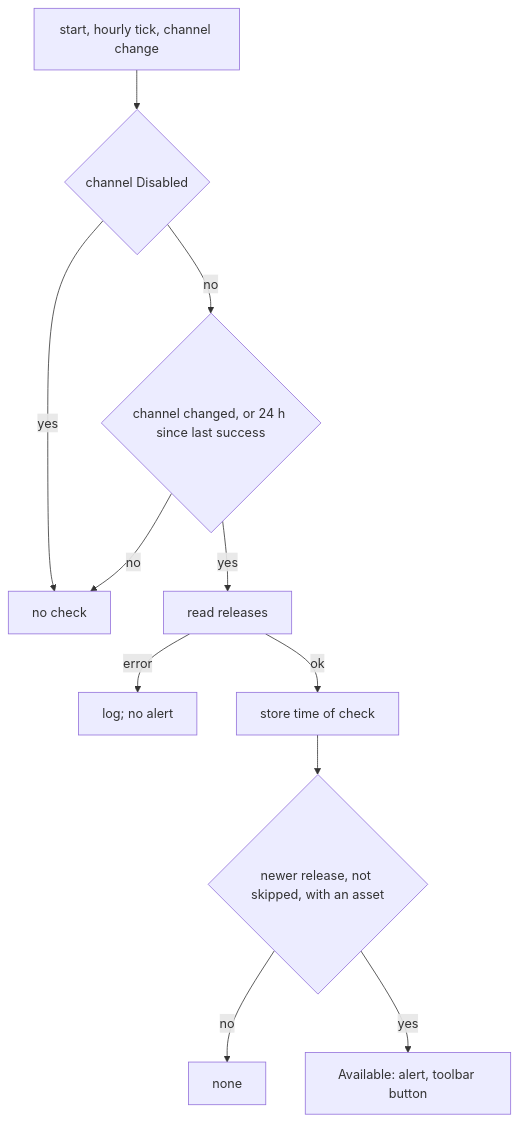
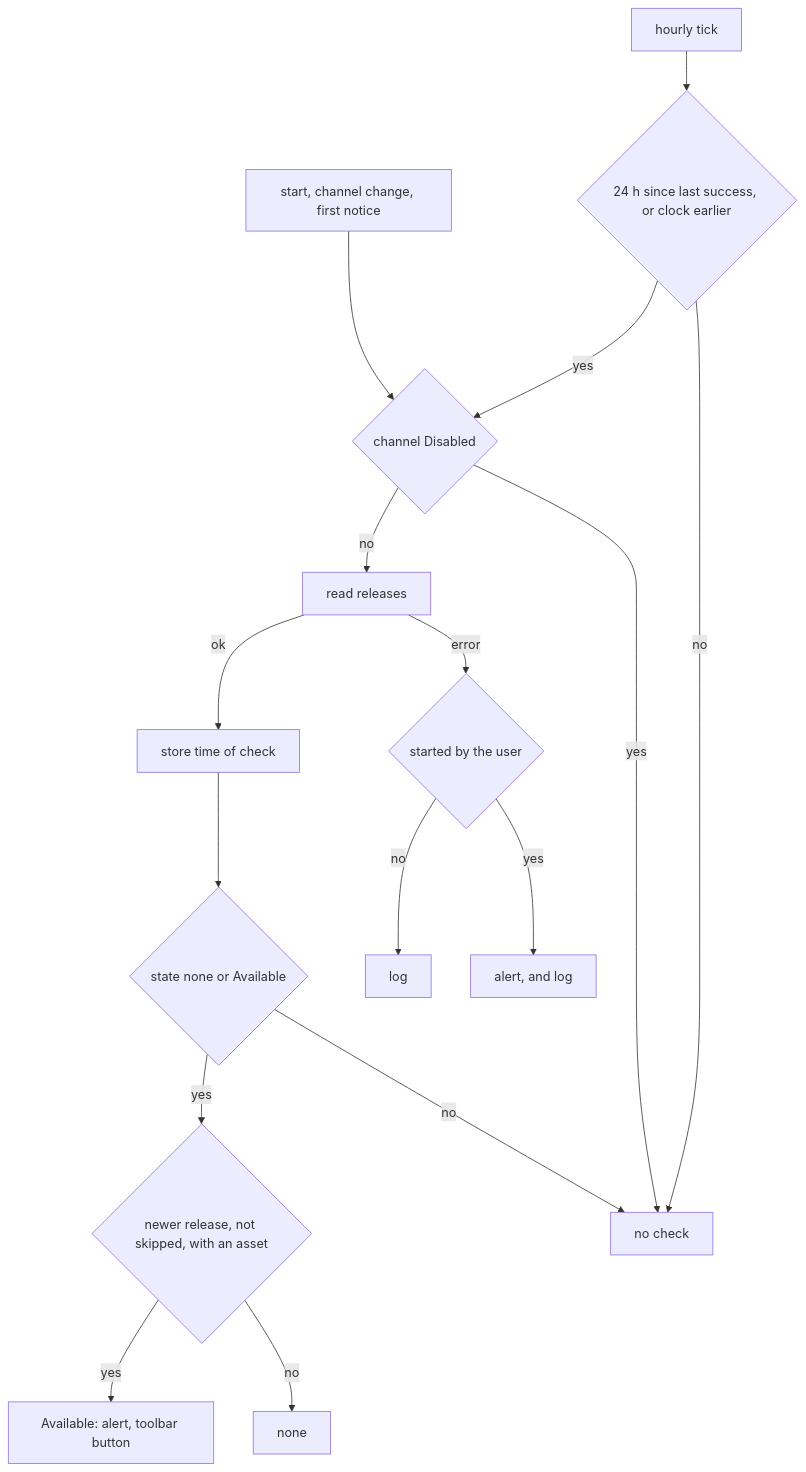
Before and after one commit to simplex-chat/simplex-chat: the second of 2 diagrams in plans/2026-11-24-desktop-update-flow.md, drawn with Mermaid. The commit also changed other lines of this file, not shown here.

Commit message:
docs: plan after review: start check kept, states in desktop code, checked install

````diff
--- a/plans/2026-11-24-desktop-update-flow.md
+++ b/plans/2026-11-24-desktop-update-flow.md
@@ -78,13 +103,18 @@
 ```mermaid
 flowchart TD
-  T[start, hourly tick, channel change] --> C{channel Disabled}
-  C -->|yes| X[no check]
-  C -->|no| D{channel changed, or 24 h since last success}
-  D -->|no| X
-  D -->|yes| R[read releases]
-  R -->|error| L[log; no alert]
-  R -->|ok| S[store time of check]
-  S --> F{newer release, not skipped, with an asset}
+  S[start, channel change, first notice] --> C{channel Disabled}
+  T[hourly tick] --> D{24 h since last success, or clock earlier}
+  D -->|no| X[no check]
+  D -->|yes| C
+  C -->|yes| X
+  C -->|no| R[read releases]
+  R -->|error| E{started by the user}
+  E -->|yes| EA[alert, and log]
+  E -->|no| L[log]
+  R -->|ok| ST[store time of check]
+  ST --> P{state none or Available}
+  P -->|no| X
+  P -->|yes| F{newer release, not skipped, with an asset}
   F -->|no| N[none]
   F -->|yes| A[Available: alert, toolbar button]
 ```
````
